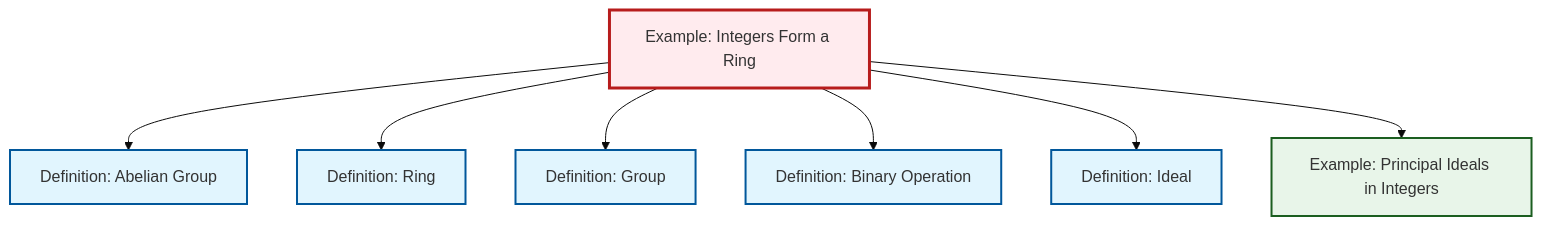
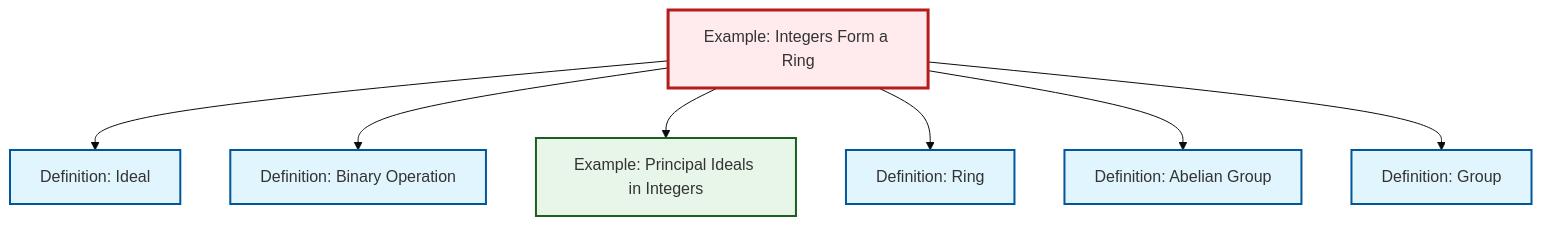
The diagram in content/ja/algebra/ex-integers-ring.qmd (RK0429/ModernMath), drawn with Mermaid (base theme) before and after one commit. The commit also changed other lines of this file and 360 other files, not shown here.

````diff
--- a/content/ja/algebra/ex-integers-ring.qmd
+++ b/content/ja/algebra/ex-integers-ring.qmd
@@ -65,29 +65,29 @@
 ```{mermaid}
 %%| fig-cap: "Local dependency graph"
 graph TD
     classDef definition fill:#e1f5fe,stroke:#01579b,stroke-width:2px
     classDef theorem fill:#f3e5f5,stroke:#4a148c,stroke-width:2px
     classDef axiom fill:#fff3e0,stroke:#e65100,stroke-width:2px
     classDef example fill:#e8f5e9,stroke:#1b5e20,stroke-width:2px
     classDef current fill:#ffebee,stroke:#b71c1c,stroke-width:3px
+    def-abelian-group["Definition: Abelian Group"]:::definition
+    def-ideal["Definition: Ideal"]:::definition
+    def-group["Definition: Group"]:::definition
+    def-ring["Definition: Ring"]:::definition
     def-binary-operation["Definition: Binary Operation"]:::definition
-    def-abelian-group["Definition: Abelian Group"]:::definition
     ex-principal-ideal["Example: Principal Ideals in Integers"]:::example
-    def-group["Definition: Group"]:::definition
-    def-ideal["Definition: Ideal"]:::definition
-    def-ring["Definition: Ring"]:::definition
     ex-integers-ring["Example: Integers Form a Ring"]:::example
+    ex-integers-ring --> def-ideal
+    ex-integers-ring --> def-binary-operation
+    ex-integers-ring --> ex-principal-ideal
+    ex-integers-ring --> def-ring
     ex-integers-ring --> def-abelian-group
-    ex-integers-ring --> def-ring
     ex-integers-ring --> def-group
-    ex-integers-ring --> def-binary-operation
-    ex-integers-ring --> def-ideal
-    ex-integers-ring --> ex-principal-ideal
     class ex-integers-ring current
+    click def-abelian-group "def-abelian-group.html" "Definition: Abelian Groupへ"
+    click def-ideal "def-ideal.html" "Definition: Idealへ"
+    click def-group "def-group.html" "Definition: Groupへ"
+    click def-ring "def-ring.html" "Definition: Ringへ"
     click def-binary-operation "def-binary-operation.html" "Definition: Binary Operationへ"
-    click def-abelian-group "def-abelian-group.html" "Definition: Abelian Groupへ"
     click ex-principal-ideal "ex-principal-ideal.html" "Example: Principal Ideals in Integersへ"
-    click def-group "def-group.html" "Definition: Groupへ"
-    click def-ideal "def-ideal.html" "Definition: Idealへ"
-    click def-ring "def-ring.html" "Definition: Ringへ"
 ```
````
